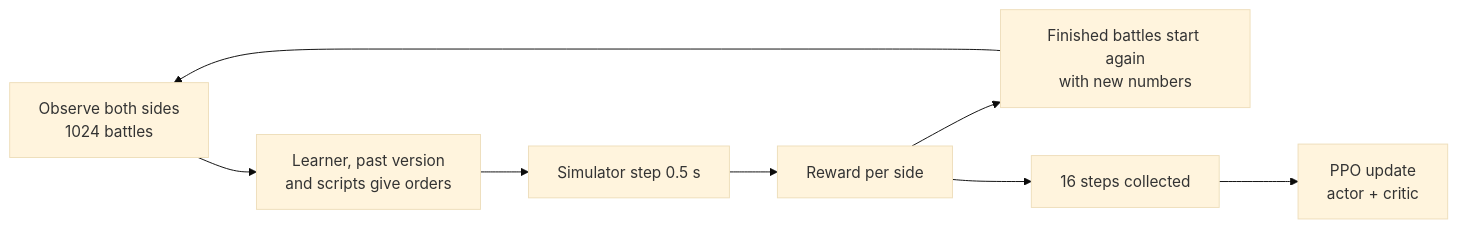
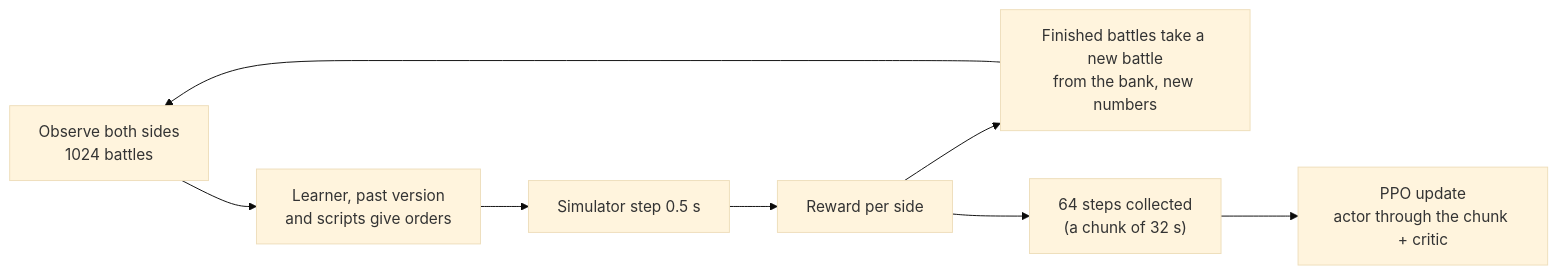
One commit to DimaZero7/TWW3-batle-ai changed the diagram in docs/en/training/training.md. Above: the diagram before and after it, drawn with Mermaid (base theme). The commit also changed other lines of this file and 67 other files, not shown here.

````diff
--- a/docs/en/training/training.md
+++ b/docs/en/training/training.md
@@ -48,10 +69,10 @@
 ```mermaid
 flowchart LR
   obs["Observe both sides<br/>1024 battles"] --> act["Learner, past version<br/>and scripts give orders"]
   act --> step["Simulator step 0.5 s"]
   step --> rew["Reward per side"]
-  rew --> reset["Finished battles start again<br/>with new numbers"]
+  rew --> reset["Finished battles take a new battle<br/>from the bank, new numbers"]
   reset --> obs
-  rew --> buf["16 steps collected"]
-  buf --> ppo["PPO update<br/>actor + critic"]
+  rew --> buf["64 steps collected<br/>(a chunk of 32 s)"]
+  buf --> ppo["PPO update<br/>actor through the chunk + critic"]
 ```
````
